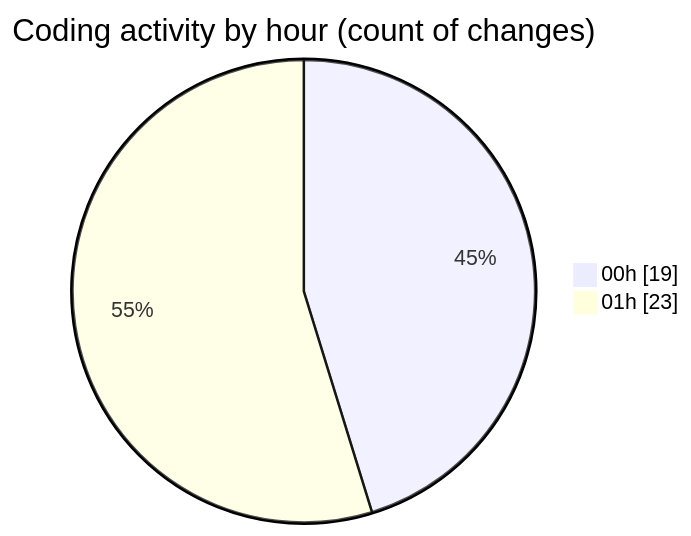
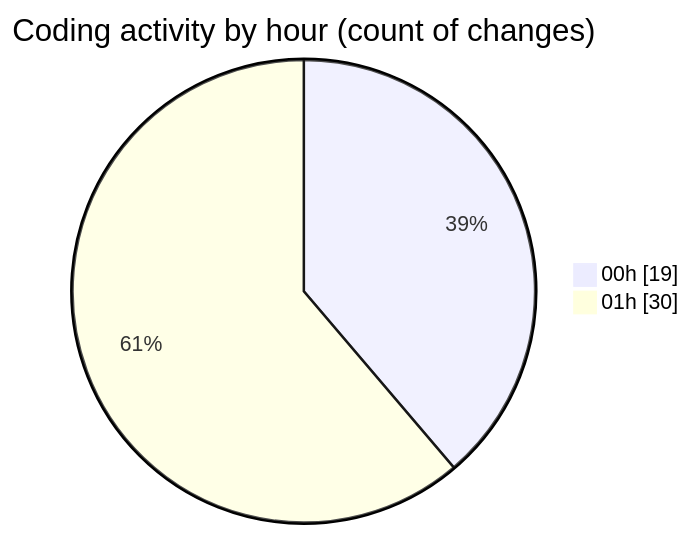
The second of 2 diagrams in 2025-07-25/quanlyrapchieuphim-1/README.md (lephambinh05/code-tracking), drawn with Mermaid before and after one commit. The commit also changed other lines of this file and 1 other file, not shown here.

````diff
--- a/2025-07-25/quanlyrapchieuphim-1/README.md
+++ b/2025-07-25/quanlyrapchieuphim-1/README.md
@@ -33,6 +33,6 @@
 ```mermaid
 pie showData
 title Coding activity by hour (count of changes)
 "00h" : 19
-"01h" : 23
+"01h" : 30
 ```
````
